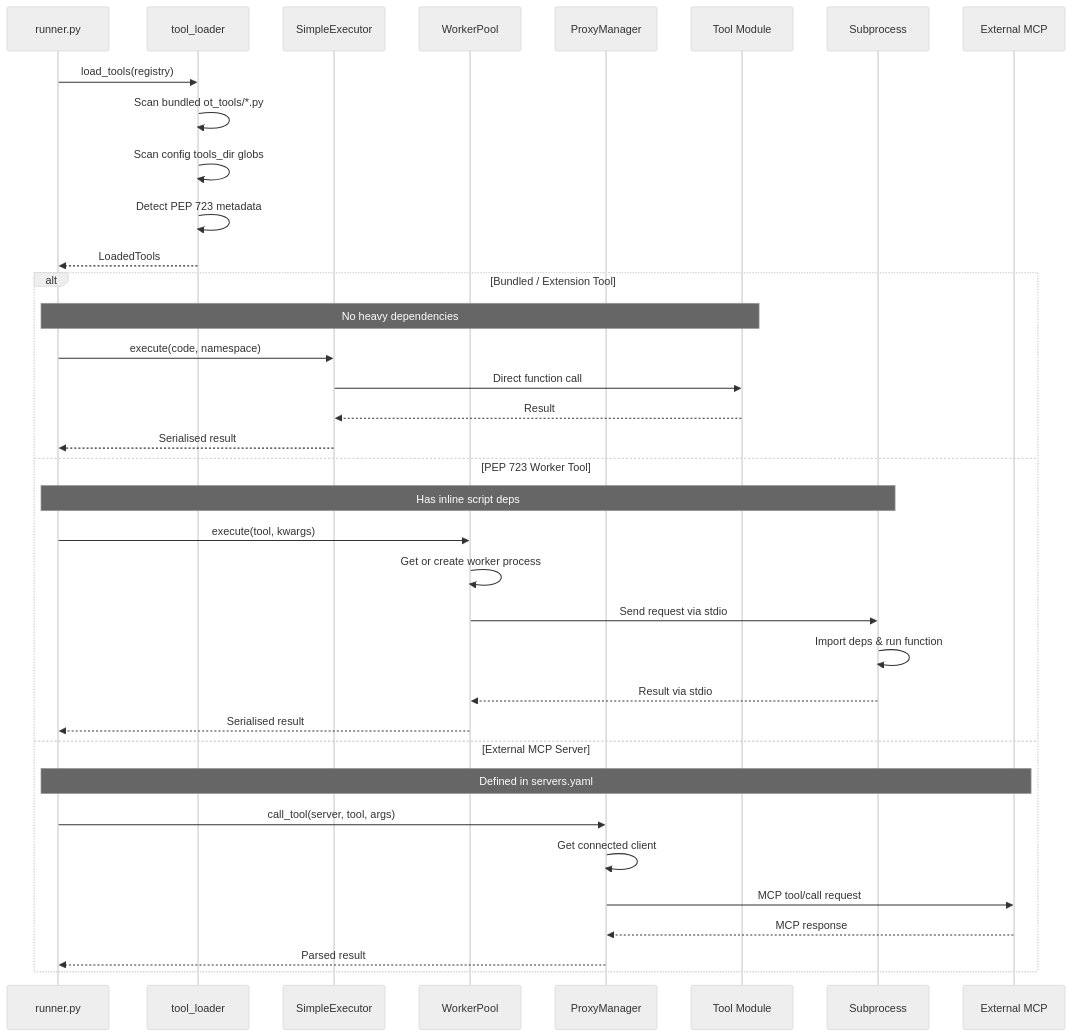
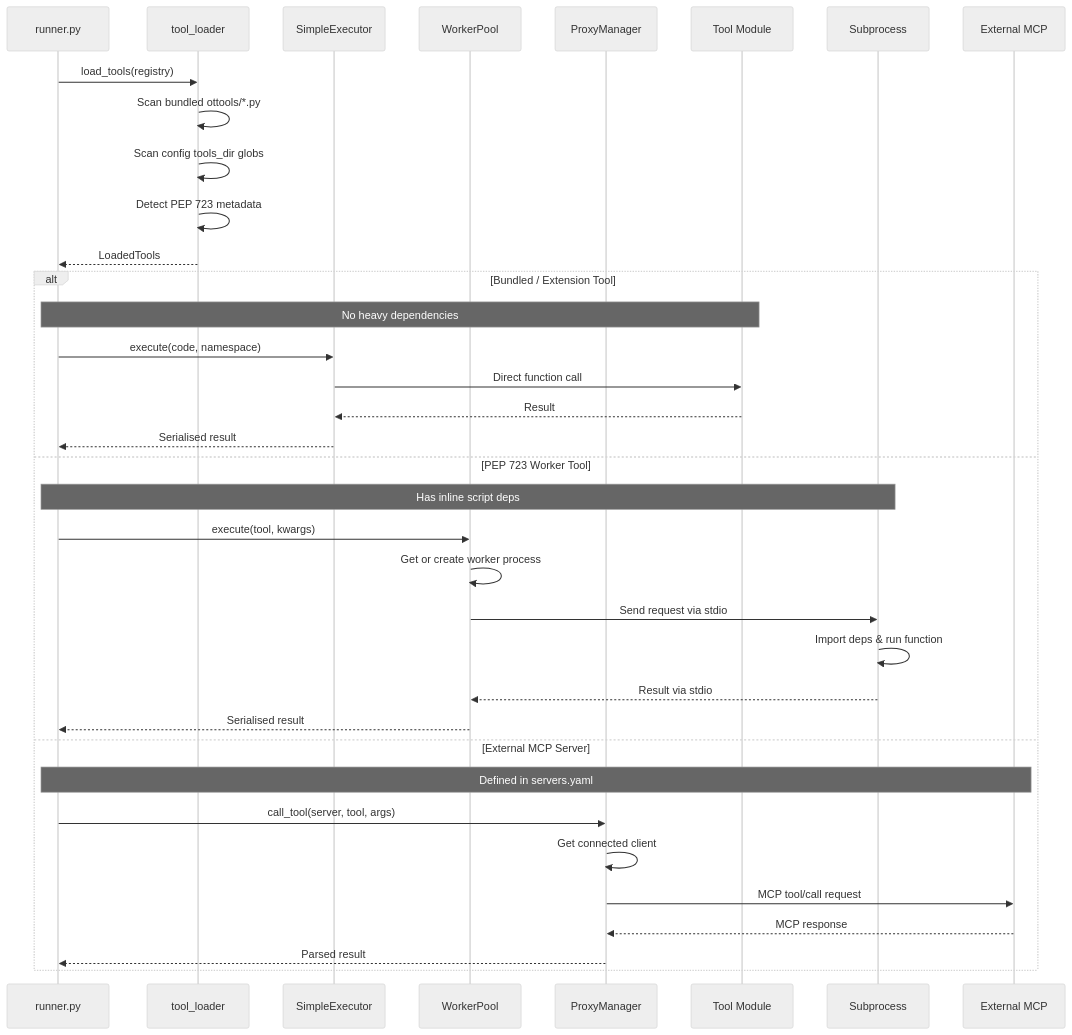
One commit to robertpelloni/onetool-mcp changed the diagram in dev/project/arch/execution-routing.md. Above: the diagram before and after it, drawn with Mermaid (neutral theme). The commit also changed 63 other files, not shown here.

Commit message:
refactor: rename ot_tools to ottools, transform to llm; restructure tests/specs

````diff
--- a/dev/project/arch/execution-routing.md
+++ b/dev/project/arch/execution-routing.md
@@ -15,42 +15,42 @@
 ```mermaid
 sequenceDiagram
     participant R as runner.py
     participant L as tool_loader
     participant S as SimpleExecutor
     participant W as WorkerPool
     participant P as ProxyManager
     participant T as Tool Module
     participant X as Subprocess
     participant E as External MCP
 
     R->>L: load_tools(registry)
-    L->>L: Scan bundled ot_tools/*.py
+    L->>L: Scan bundled ottools/*.py
     L->>L: Scan config tools_dir globs
     L->>L: Detect PEP 723 metadata
     L-->>R: LoadedTools
 
     alt Bundled / Extension Tool
         Note over R,T: No heavy dependencies
         R->>S: execute(code, namespace)
         S->>T: Direct function call
         T-->>S: Result
         S-->>R: Serialised result
 
     else PEP 723 Worker Tool
         Note over R,X: Has inline script deps
         R->>W: execute(tool, kwargs)
         W->>W: Get or create worker process
         W->>X: Send request via stdio
         X->>X: Import deps & run function
         X-->>W: Result via stdio
         W-->>R: Serialised result
 
     else External MCP Server
         Note over R,E: Defined in servers.yaml
         R->>P: call_tool(server, tool, args)
         P->>P: Get connected client
         P->>E: MCP tool/call request
         E-->>P: MCP response
         P-->>R: Parsed result
     end
 ```
````
